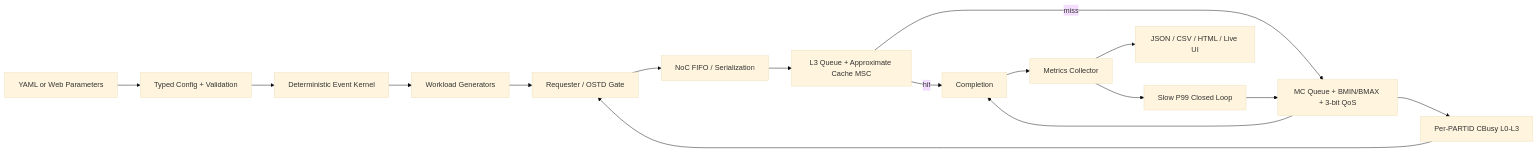
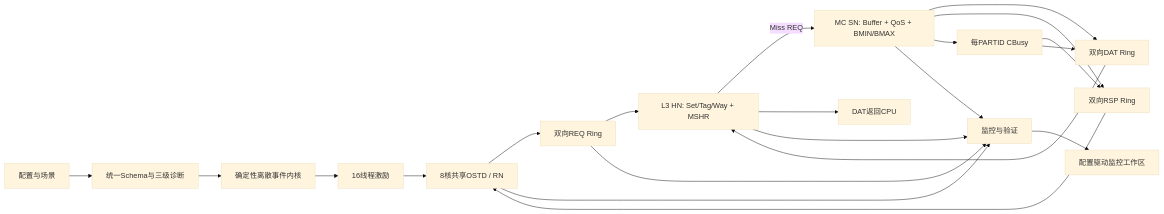
Before and after one commit to 6mproper/MPAMSim: the diagram in docs/Current_Model_SPEC.md, drawn with Mermaid (base theme). The commit also changed other lines of this file and 5 other files, not shown here.

````diff
--- a/docs/Current_Model_SPEC.md
+++ b/docs/Current_Model_SPEC.md
@@ -85,18 +108,23 @@
 ```mermaid
 flowchart LR
-    CFG["YAML or Web Parameters"] --> VAL["Typed Config + Validation"]
-    VAL --> K["Deterministic Event Kernel"]
-    K --> TG["Workload Generators"]
-    TG --> PE["Requester / OSTD Gate"]
-    PE --> NOC["NoC FIFO / Serialization"]
-    NOC --> L3["L3 Queue + Approximate Cache MSC"]
-    L3 -->|hit| DONE["Completion"]
-    L3 -->|miss| MC["MC Queue + BMIN/BMAX + 3-bit QoS"]
-    MC --> DONE
-    MC --> CB["Per-PARTID CBusy L0-L3"]
-    CB --> PE
-    DONE --> MON["Metrics Collector"]
-    MON --> SW["Slow P99 Closed Loop"]
-    SW --> MC
-    MON --> OUT["JSON / CSV / HTML / Live UI"]
+    CFG["配置与场景"] --> VAL["统一Schema与三级诊断"]
+    VAL --> K["确定性离散事件内核"]
+    K --> SRC["16线程激励"]
+    SRC --> CPU["8核共享OSTD / RN"]
+    CPU --> REQ["双向REQ Ring"]
+    REQ --> L3["L3 HN: Set/Tag/Way + MSHR"]
+    L3 -->|Miss REQ| MC["MC SN: Buffer + QoS + BMIN/BMAX"]
+    MC --> DAT["双向DAT Ring"]
+    DAT --> L3
+    L3 --> DATCPU["DAT返回CPU"]
+    MC --> RSP["双向RSP Ring"]
+    RSP --> CPU
+    MC --> CB["每PARTID CBusy"]
+    CB --> RSP
+    CB --> DAT
+    CPU --> MON["监控与验证"]
+    L3 --> MON
+    MC --> MON
+    REQ --> MON
+    MON --> UI["配置驱动监控工作区"]
 ```
````
